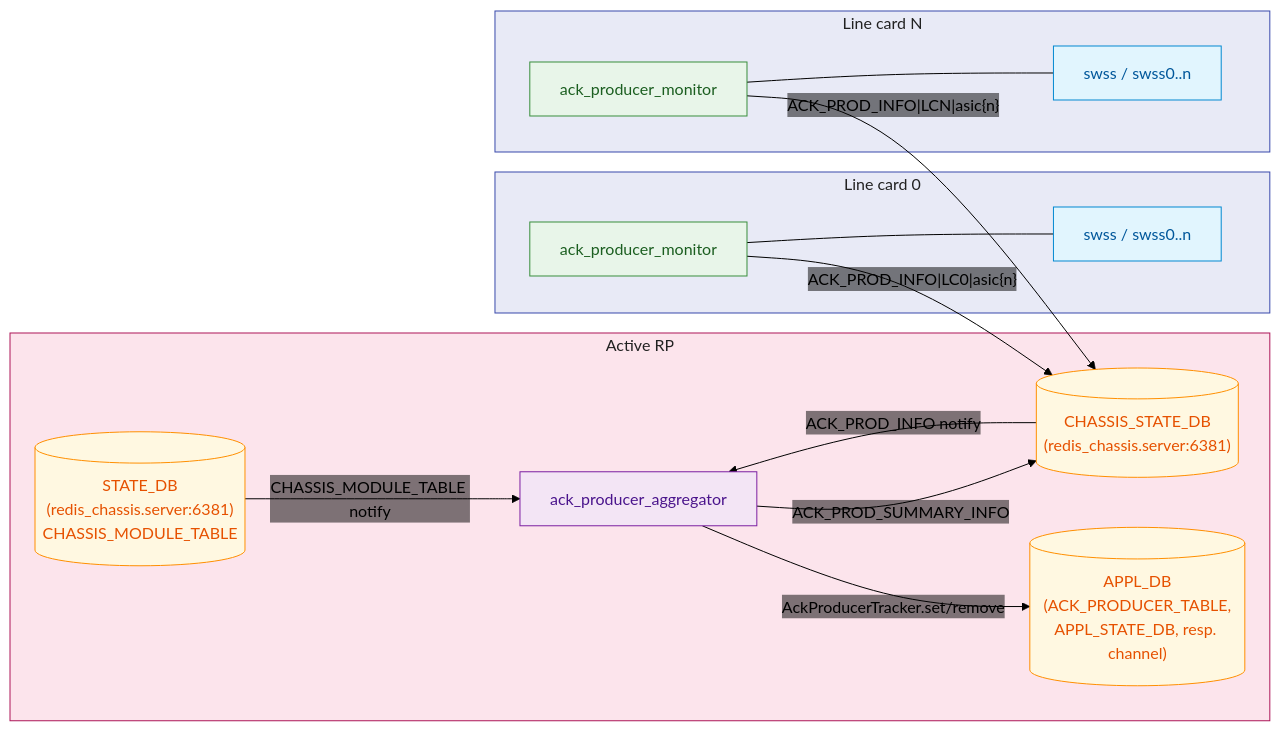
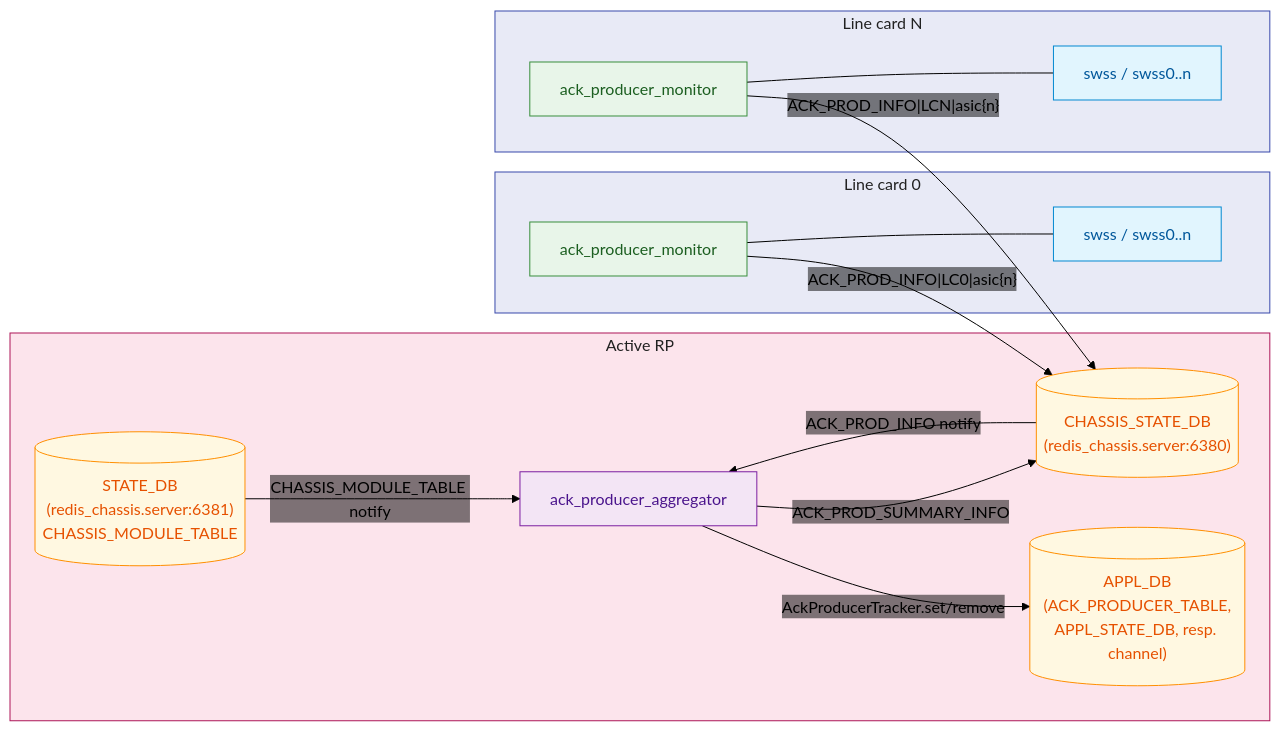
One commit to sonic-net/SONiC changed the second of 2 diagrams in doc/centralized-chassis/ack-producer-mgmt.md. Above: the diagram before and after it, drawn with Mermaid. The commit also changed other lines of this file, not shown here.

````diff
--- a/doc/centralized-chassis/ack-producer-mgmt.md
+++ b/doc/centralized-chassis/ack-producer-mgmt.md
@@ -178,41 +178,41 @@
 ```mermaid
 %%{init: {'themeVariables': {'lineColor':'#000000','edgeLabelBackground':'transparent'}}}%%
 flowchart LR
   classDef container  fill:#e1f5fe,stroke:#0288d1,color:#01579b
   classDef monitor    fill:#e8f5e9,stroke:#388e3c,color:#1b5e20
   classDef aggregator fill:#f3e5f5,stroke:#7b1fa2,color:#4a148c
   classDef db         fill:#fff8e1,stroke:#ff8f00,color:#e65100
   subgraph RP["Active RP"]
     agg["ack_producer_aggregator"]
     rpdb[("STATE_DB<br/>(redis_chassis.server:6381)<br/>CHASSIS_MODULE_TABLE")]
-    chdb[("CHASSIS_STATE_DB<br/>(redis_chassis.server:6381)")]
+    chdb[("CHASSIS_STATE_DB<br/>(redis_chassis.server:6380)")]
     appdb[("APPL_DB<br/>(ACK_PRODUCER_TABLE,<br/>APPL_STATE_DB, resp. channel)")]
     chdb -->|ACK_PROD_INFO notify| agg
     rpdb -->|CHASSIS_MODULE_TABLE notify| agg
     agg -->|ACK_PROD_SUMMARY_INFO| chdb
     agg -->|AckProducerTracker.set/remove| appdb
   end
 
   subgraph LC0["Line card 0"]
     mon0["ack_producer_monitor"]
     sw0[swss / swss0..n]
     mon0 --- sw0
     mon0 -->|"ACK_PROD_INFO|LC0|asic{n}"| chdb
   end
 
   subgraph LCN["Line card N"]
     monN["ack_producer_monitor"]
     swN[swss / swss0..n]
     monN --- swN
     monN -->|"ACK_PROD_INFO|LCN|asic{n}"| chdb
   end
 
   class agg aggregator
   class rpdb,chdb,appdb db
   class mon0,monN monitor
   class sw0,swN container
   style RP  fill:#fce4ec,stroke:#ad1457,color:#212121
   style LC0 fill:#e8eaf6,stroke:#3949ab,color:#212121
   style LCN fill:#e8eaf6,stroke:#3949ab,color:#212121
   linkStyle default stroke:#000000,color:#000000,fill:none,background:transparent
 ```
````
